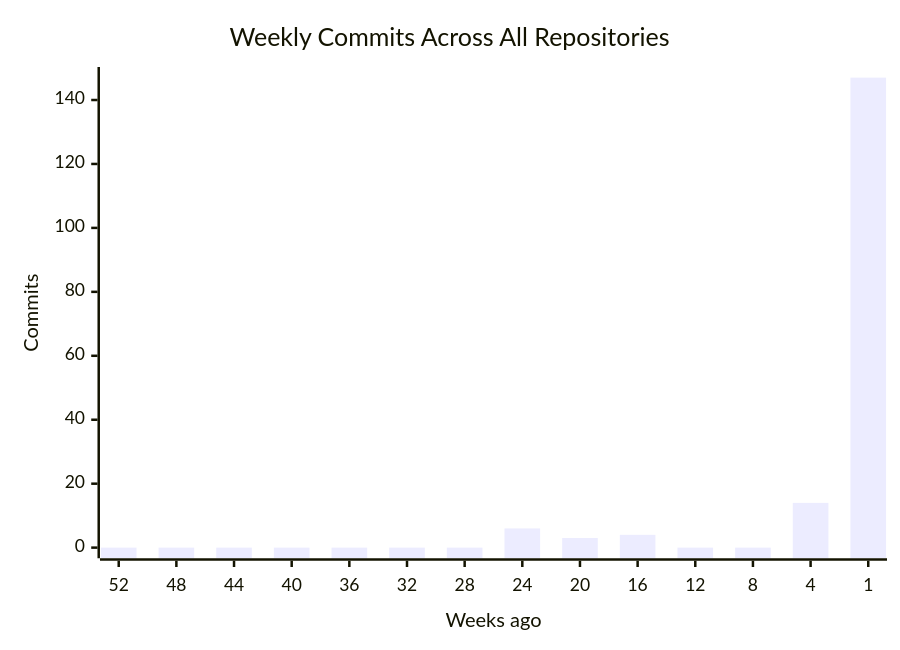
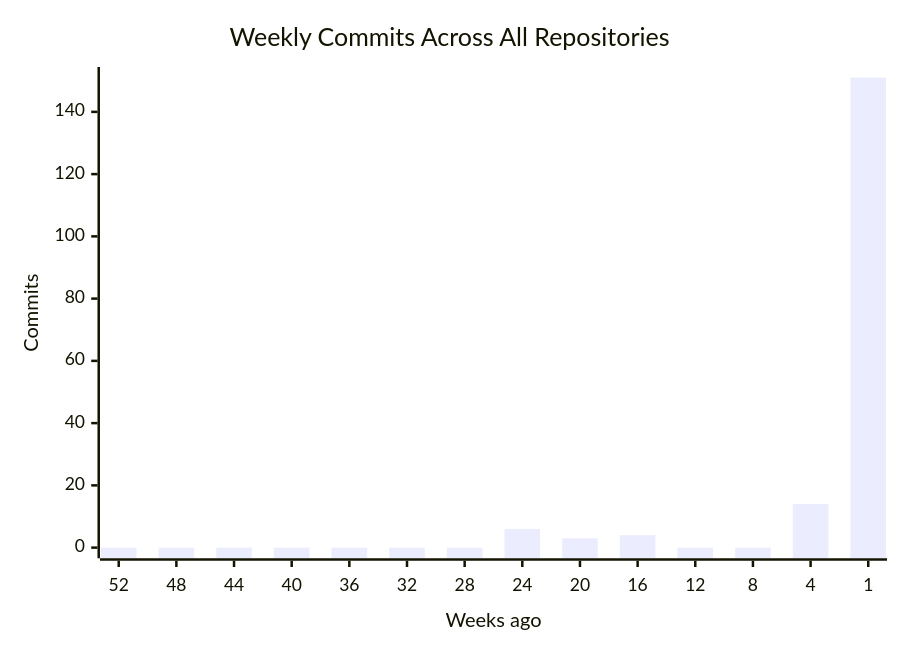
One commit to CSTH-Projects/.github changed the first of 4 diagrams in profile/README.md. Above: the diagram before and after it, drawn with Mermaid. The commit also changed other lines of this file, not shown here.

````diff
--- a/profile/README.md
+++ b/profile/README.md
@@ -16,7 +16,7 @@
 ```mermaid
 xychart-beta
     title "Weekly Commits Across All Repositories"
     x-axis "Weeks ago" [52, 48, 44, 40, 36, 32, 28, 24, 20, 16, 12, 8, 4, 1]
     y-axis "Commits"
-    bar [0, 0, 0, 0, 0, 0, 0, 6, 3, 4, 0, 0, 14, 147]
+    bar [0, 0, 0, 0, 0, 0, 0, 6, 3, 4, 0, 0, 14, 151]
 ```
````
